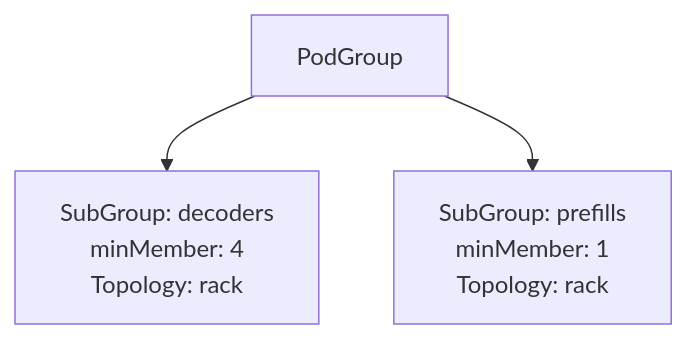
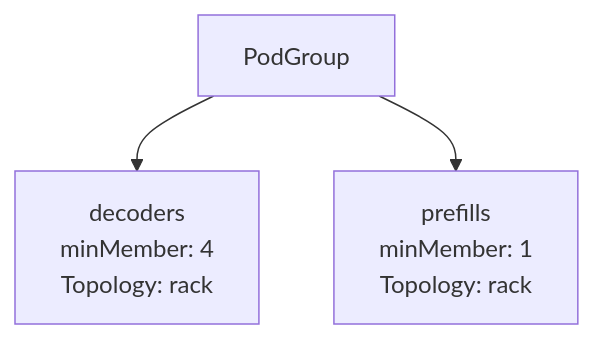
One commit to NVIDIA/KAI-Scheduler changed the first of 2 diagrams in docs/developer/designs/hierarchical-podgroup/README.md. Above: the diagram before and after it, drawn with Mermaid. The commit also changed other lines of this file, not shown here.

Commit message:
Decoupled SubGroup concept from TopologyConstraints in PodGroup spec

````diff
--- a/docs/developer/designs/hierarchical-podgroup/README.md
+++ b/docs/developer/designs/hierarchical-podgroup/README.md
@@ -118,10 +152,10 @@
 ```mermaid
 graph TD
     PG[PodGroup]
 
-    Decode[SubGroup: decoders<br>minMember: 4<br>Topology: rack]
-    Prefill[SubGroup: prefills<br>minMember: 1<br>Topology: rack]
+    Decode[decoders<br>minMember: 4<br>Topology: rack]
+    Prefill[prefills<br>minMember: 1<br>Topology: rack]
 
     PG --> Decode
     PG --> Prefill
 ```
````
